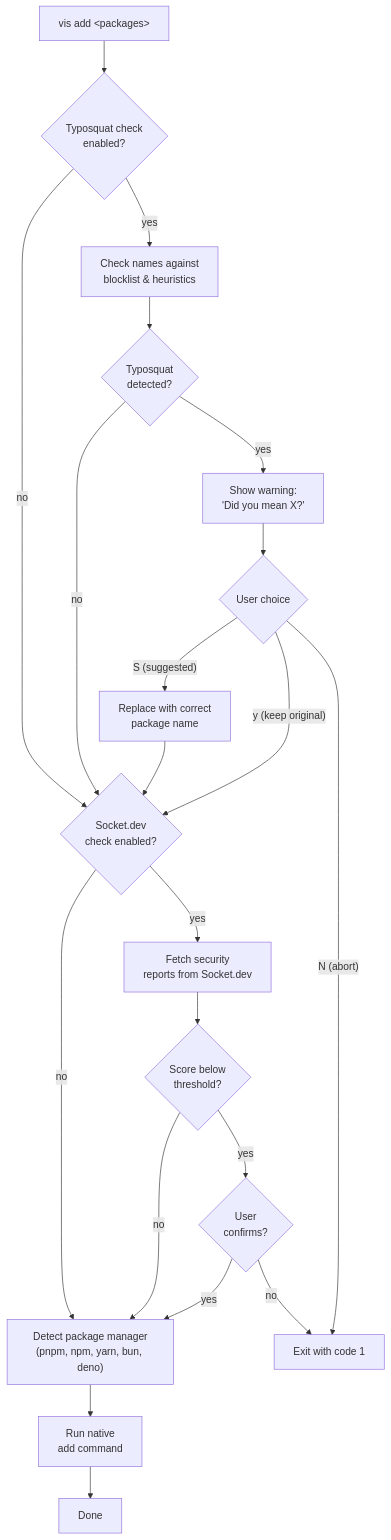
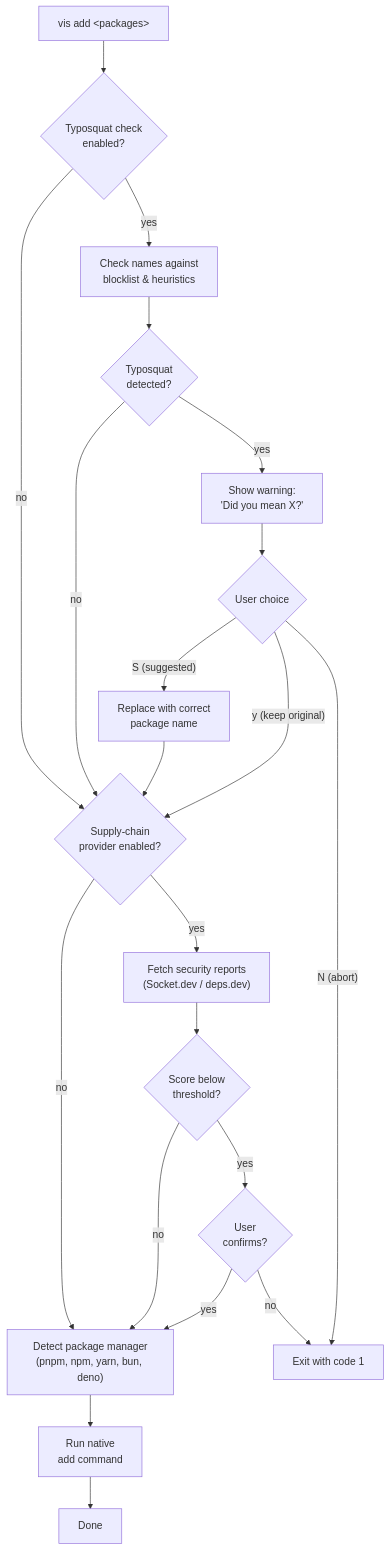
One commit to visulima/vis changed the diagram in packages/tooling/vis/docs/commands/add.mdx. Above: the diagram before and after it, drawn with Mermaid. The commit also changed other lines of this file and 28 other files, not shown here.

First line of the commit message:
feat(vis): add deps.dev as supply-chain security provider alongside Socket

````diff
--- a/packages/tooling/vis/docs/commands/add.mdx
+++ b/packages/tooling/vis/docs/commands/add.mdx
@@ -62,23 +62,23 @@
 ```mermaid
 flowchart TD
     A["vis add &lt;packages&gt;"] --> B{Typosquat check\nenabled?}
     B -- no --> E
     B -- yes --> C["Check names against\nblocklist & heuristics"]
     C --> D{Typosquat\ndetected?}
-    D -- no --> E{Socket.dev\ncheck enabled?}
+    D -- no --> E{Supply-chain\nprovider enabled?}
     D -- yes --> P["Show warning:\n'Did you mean X?'"]
     P --> Q{User choice}
     Q -- "S (suggested)" --> R["Replace with correct\npackage name"]
     R --> E
     Q -- "y (keep original)" --> E
     Q -- "N (abort)" --> Z["Exit with code 1"]
     E -- no --> G
-    E -- yes --> F["Fetch security\nreports from Socket.dev"]
+    E -- yes --> F["Fetch security reports\n(Socket.dev / deps.dev)"]
     F --> H{Score below\nthreshold?}
     H -- no --> G["Detect package manager\n(pnpm, npm, yarn, bun, deno)"]
     H -- yes --> I{User\nconfirms?}
     I -- yes --> G
     I -- no --> Z
     G --> J["Run native\nadd command"]
     J --> K["Done"]
 ```
````
